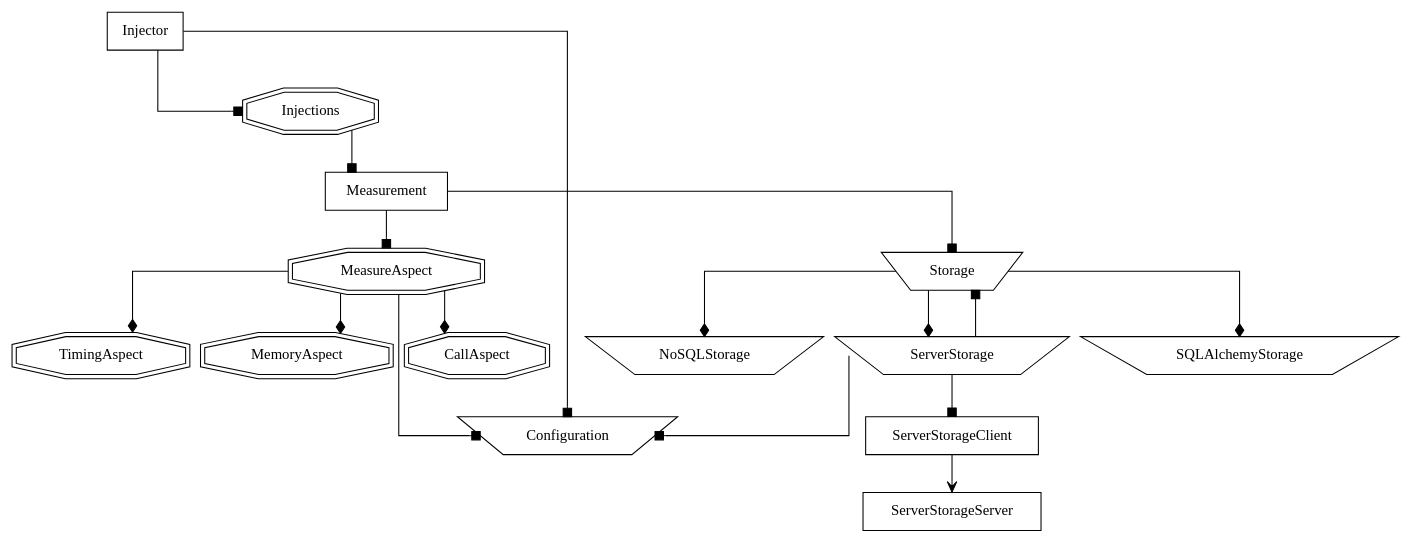
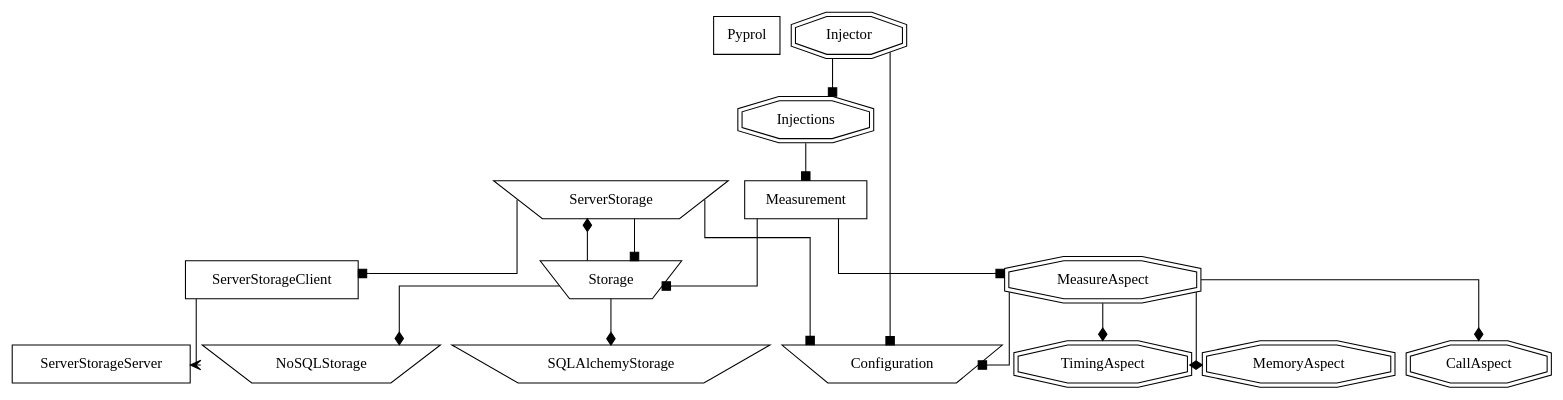
The diagram in doc/structure.dot (skoenen/pylofer), drawn with Graphviz before and after one commit. The commit also changed 22 other files, not shown here.

```diff
--- a/doc/structure.dot
+++ b/doc/structure.dot
@@ -1,54 +1,54 @@
 digraph {
   size="300";
   splines=ortho;
   fontname="Source Code Pro";
   fontsize=9.0;
   nodesep=0.15;
   normalize=true;
 
   // Actor
   node [shape=box]
-  Injector;
+  Pyprol;
   ServerStorageClient;
   ServerStorageServer;
   Measurement;
 
   // Data
   node [shape=invtrapezium];
   Storage;
   ServerStorage;
   SQLAlchemyStorage;
   NoSQLStorage;
   Configuration
 
   // Multi instances
   node [shape=doubleoctagon];
   Injections;
   MeasureAspect;
 
   // Use Relations
   edge [arrowhead=box];
   Injector -> Injections;
   Injector -> Configuration;
   Injections -> Measurement;
   ServerStorage -> Storage;
   ServerStorage -> Configuration;
   ServerStorage -> ServerStorageClient;
   Measurement -> Storage;
   Measurement -> MeasureAspect;
   MeasureAspect -> Configuration
 
   // Instance Relation
   edge [arrowhead=diamond];
   Storage -> ServerStorage;
   Storage -> SQLAlchemyStorage;
   Storage -> NoSQLStorage;
 
   MeasureAspect -> TimingAspect;
   MeasureAspect -> MemoryAspect;
   MeasureAspect -> CallAspect
 
   // Send Relation
   edge [arrowhead=vee, arrowtail=vee];
   ServerStorageClient -> ServerStorageServer;
 }
```
